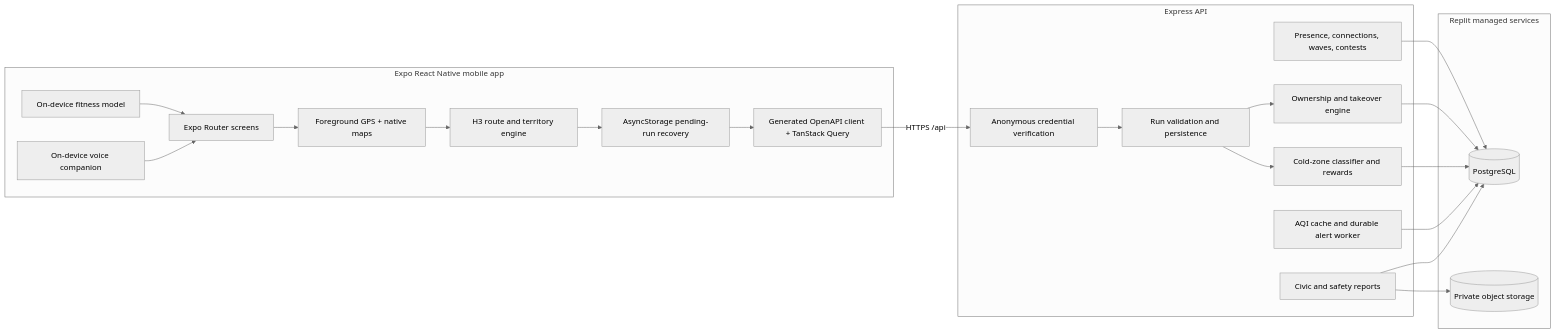
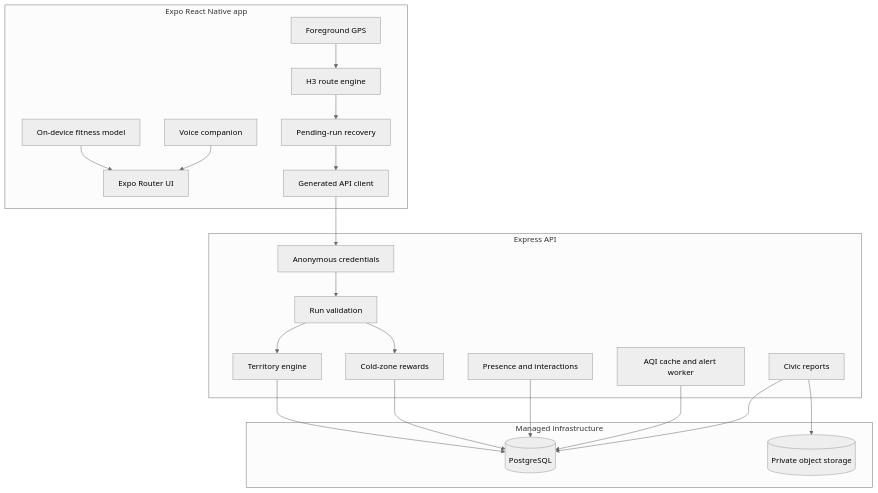
The second of 2 diagrams in README.md (adityarajgupta154/HexRunner), drawn with Mermaid (neutral theme) before and after one commit. The commit also changed other lines of this file and 1 other file, not shown here.

````diff
--- a/README.md
+++ b/README.md
@@ -165,44 +184,37 @@
 ```mermaid
-flowchart LR
-    subgraph Mobile["Expo React Native mobile app"]
-        UI[Expo Router screens]
-        GPS[Foreground GPS + native maps]
-        H3[H3 route and territory engine]
-        LocalAI[On-device fitness model]
-        Voice[On-device voice companion]
-        Recovery[AsyncStorage pending-run recovery]
-        Client[Generated OpenAPI client + TanStack Query]
+flowchart TB
+    subgraph Phone["Expo React Native app"]
+        UI[Expo Router UI]
+        GPS[Foreground GPS]
+        H3[H3 route engine]
+        AI[On-device fitness model]
+        Voice[Voice companion]
+        Recovery[Pending-run recovery]
+        Client[Generated API client]
     end
 
-    subgraph API["Express API"]
-        Auth[Anonymous credential verification]
-        Runs[Run validation and persistence]
-        Territory[Ownership and takeover engine]
-        Social[Presence, connections, waves, contests]
-        Equity[Cold-zone classifier and rewards]
-        AQI[AQI cache and durable alert worker]
-        Civic[Civic and safety reports]
+    subgraph Server["Express API"]
+        Identity[Anonymous credentials]
+        Runs[Run validation]
+        Territory[Territory engine]
+        Social[Presence and interactions]
+        Equity[Cold-zone rewards]
+        AQI[AQI cache and alert worker]
+        Civic[Civic reports]
     end
 
-    subgraph Data["Replit managed services"]
-        Postgres[(PostgreSQL)]
+    subgraph Data["Managed infrastructure"]
+        DB[(PostgreSQL)]
         Objects[(Private object storage)]
     end
 
-    UI --> GPS
-    GPS --> H3
-    H3 --> Recovery
-    LocalAI --> UI
+    GPS --> H3 --> Recovery --> Client
+    AI --> UI
     Voice --> UI
-    Recovery --> Client
-    Client -->|HTTPS /api| Auth
-    Auth --> Runs
-    Runs --> Territory
-    Runs --> Equity
-    Social --> Postgres
-    Territory --> Postgres
-    Equity --> Postgres
-    AQI --> Postgres
-    Civic --> Postgres
+    Client --> Identity --> Runs --> Territory --> DB
+    Runs --> Equity --> DB
+    Social --> DB
+    AQI --> DB
+    Civic --> DB
     Civic --> Objects
 ```
````
